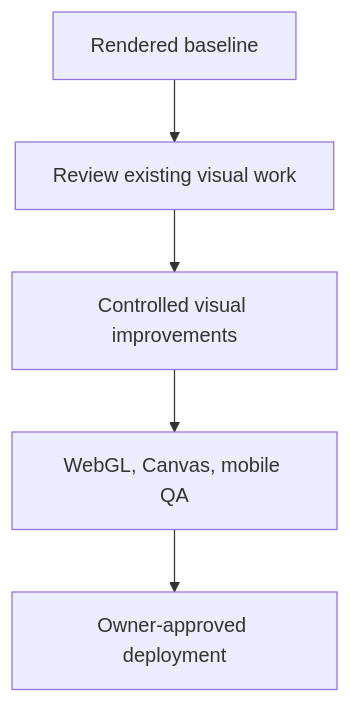
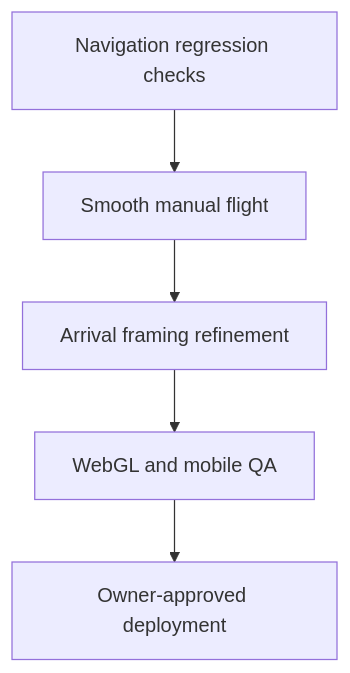
Before and after one commit to gabortardos/solar-system-explorer: the diagram in ROADMAP.md, drawn with Mermaid. The commit also changed other lines of this file and 4 other files, not shown here.

````diff
--- a/ROADMAP.md
+++ b/ROADMAP.md
@@ -50,7 +60,7 @@
 ```mermaid
 flowchart TD
-  Baseline["Rendered baseline"] --> Review["Review existing visual work"]
-  Review --> Visuals["Controlled visual improvements"]
-  Visuals --> QA["WebGL, Canvas, mobile QA"]
+  Tests["Navigation regression checks"] --> Flight["Smooth manual flight"]
+  Flight --> Camera["Arrival framing refinement"]
+  Camera --> QA["WebGL and mobile QA"]
   QA --> Release["Owner-approved deployment"]
 ```
````
